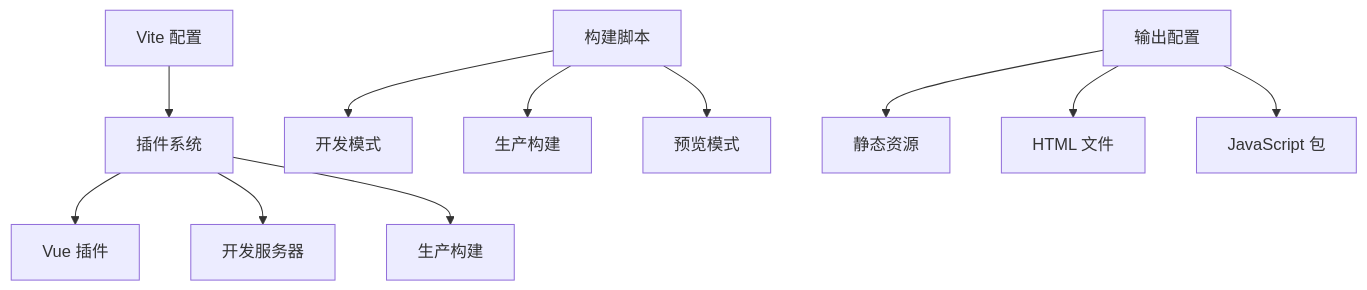
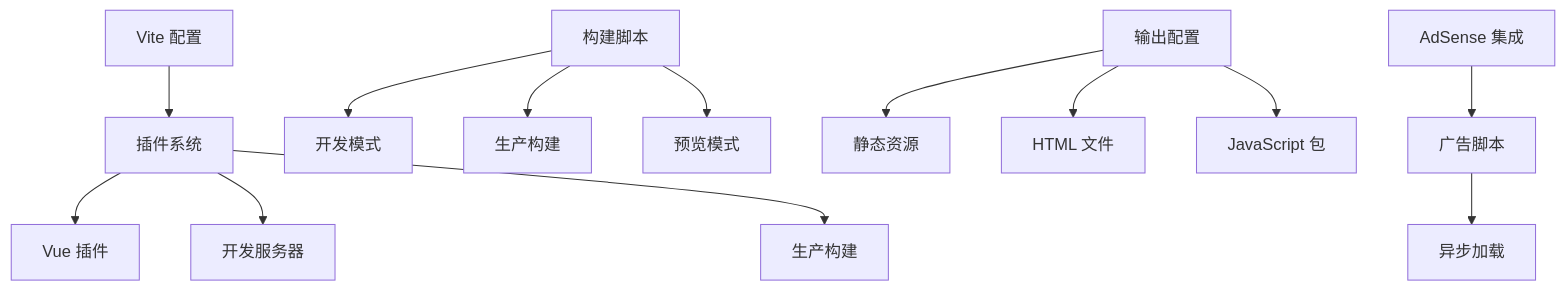
The second of 21 diagrams in .qoder/repowiki/zh/content/部署指南.md (mrancc/reimagined-journey), drawn with Mermaid before and after one commit. The commit also changed other lines of this file and 3 other files, not shown here.

````diff
--- a/.qoder/repowiki/zh/content/部署指南.md
+++ b/.qoder/repowiki/zh/content/部署指南.md
@@ -88,13 +99,15 @@
 ```mermaid
 flowchart TD
 A[Vite 配置] --> B[插件系统]
 B --> C[Vue 插件]
 B --> D[开发服务器]
 B --> E[生产构建]
 F[构建脚本] --> G[开发模式]
 F --> H[生产构建]
 F --> I[预览模式]
 J[输出配置] --> K[静态资源]
 J --> L[HTML 文件]
 J --> M[JavaScript 包]
+N[AdSense 集成] --> O[广告脚本]
+O --> P[异步加载]
 ```
````
